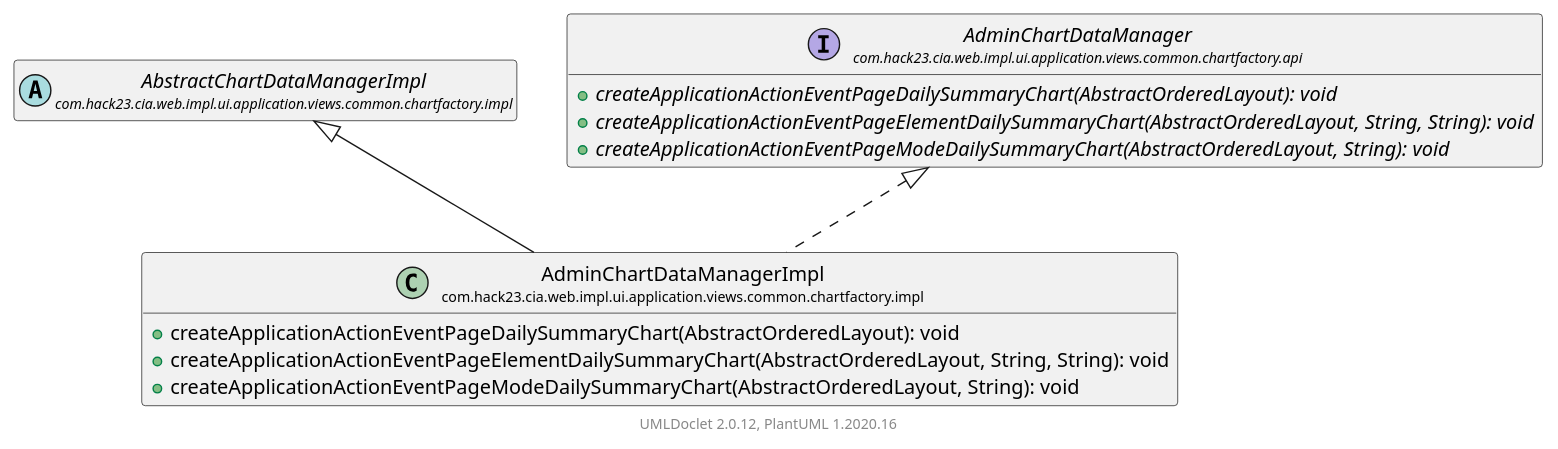
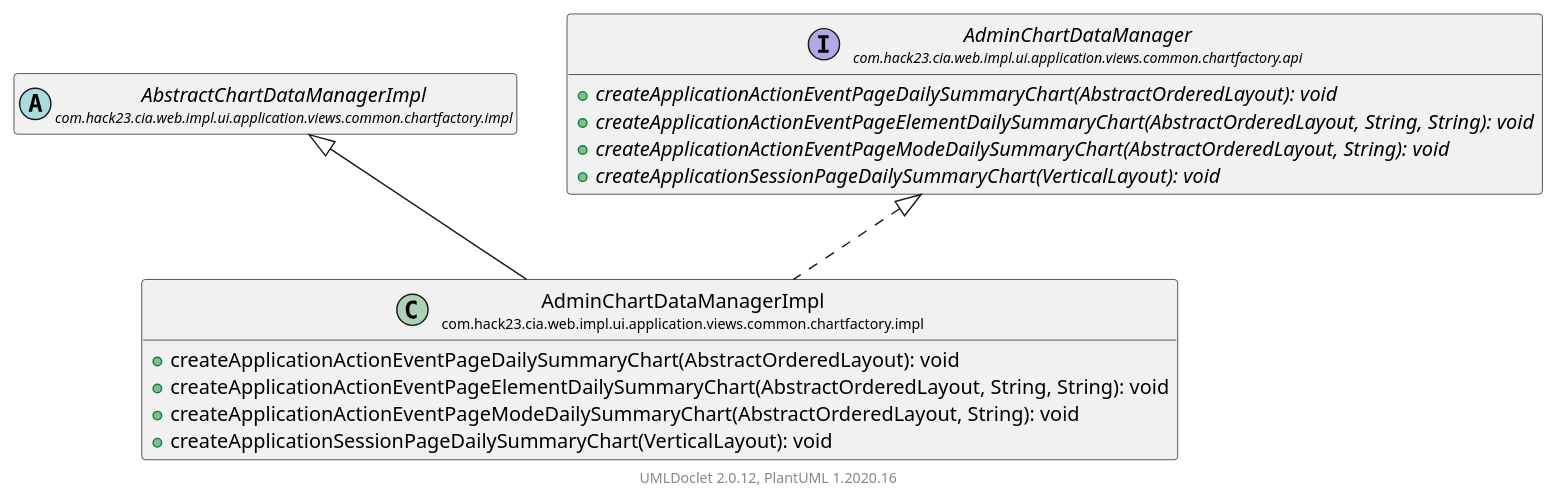
Before and after one commit to Hack23/cia: the diagram in testapidocs/com/hack23/cia/web/impl/ui/application/views/common/chartfactory/impl/AdminChartDataManagerImpl.puml, drawn with PlantUML. The commit also changed 2904 other files, not shown here.

```diff
--- a/testapidocs/com/hack23/cia/web/impl/ui/application/views/common/chartfactory/impl/AdminChartDataManagerImpl.puml
+++ b/testapidocs/com/hack23/cia/web/impl/ui/application/views/common/chartfactory/impl/AdminChartDataManagerImpl.puml
@@ -1,23 +1,25 @@
 @startuml
     set namespaceSeparator none
     hide empty fields
     hide empty methods
 
     class "<size:14>AdminChartDataManagerImpl\n<size:10>com.hack23.cia.web.impl.ui.application.views.common.chartfactory.impl" as com.hack23.cia.web.impl.ui.application.views.common.chartfactory.impl.AdminChartDataManagerImpl [[AdminChartDataManagerImpl.html]] {
         +createApplicationActionEventPageDailySummaryChart(AbstractOrderedLayout): void
         +createApplicationActionEventPageElementDailySummaryChart(AbstractOrderedLayout, String, String): void
         +createApplicationActionEventPageModeDailySummaryChart(AbstractOrderedLayout, String): void
+        +createApplicationSessionPageDailySummaryChart(VerticalLayout): void
     }
 
     abstract class "<size:14>AbstractChartDataManagerImpl\n<size:10>com.hack23.cia.web.impl.ui.application.views.common.chartfactory.impl" as com.hack23.cia.web.impl.ui.application.views.common.chartfactory.impl.AbstractChartDataManagerImpl [[AbstractChartDataManagerImpl.html]]
     interface "<size:14>AdminChartDataManager\n<size:10>com.hack23.cia.web.impl.ui.application.views.common.chartfactory.api" as com.hack23.cia.web.impl.ui.application.views.common.chartfactory.api.AdminChartDataManager [[../api/AdminChartDataManager.html]] {
         {abstract} +createApplicationActionEventPageDailySummaryChart(AbstractOrderedLayout): void
         {abstract} +createApplicationActionEventPageElementDailySummaryChart(AbstractOrderedLayout, String, String): void
         {abstract} +createApplicationActionEventPageModeDailySummaryChart(AbstractOrderedLayout, String): void
+        {abstract} +createApplicationSessionPageDailySummaryChart(VerticalLayout): void
     }
 
     com.hack23.cia.web.impl.ui.application.views.common.chartfactory.impl.AbstractChartDataManagerImpl <|-- com.hack23.cia.web.impl.ui.application.views.common.chartfactory.impl.AdminChartDataManagerImpl
     com.hack23.cia.web.impl.ui.application.views.common.chartfactory.api.AdminChartDataManager <|.. com.hack23.cia.web.impl.ui.application.views.common.chartfactory.impl.AdminChartDataManagerImpl
 
     center footer UMLDoclet 2.0.12, PlantUML 1.2020.16
 @enduml
```
